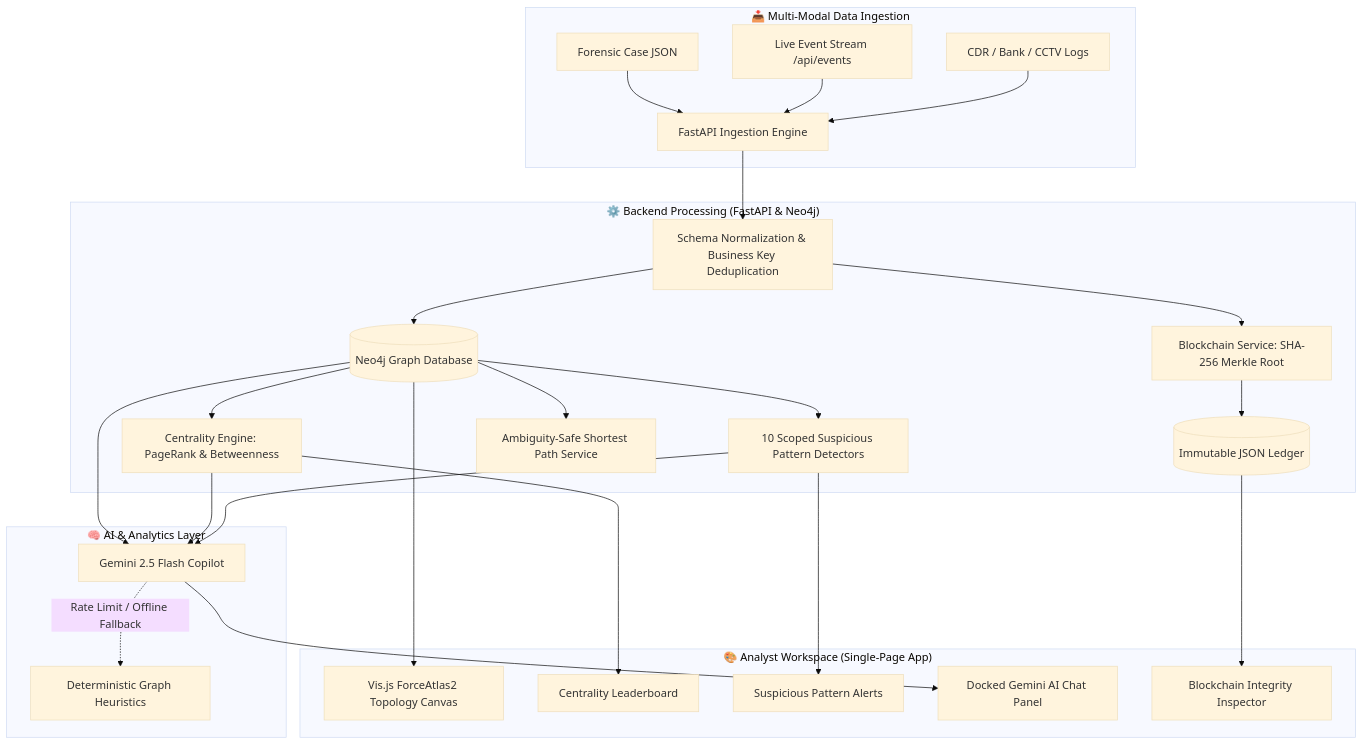
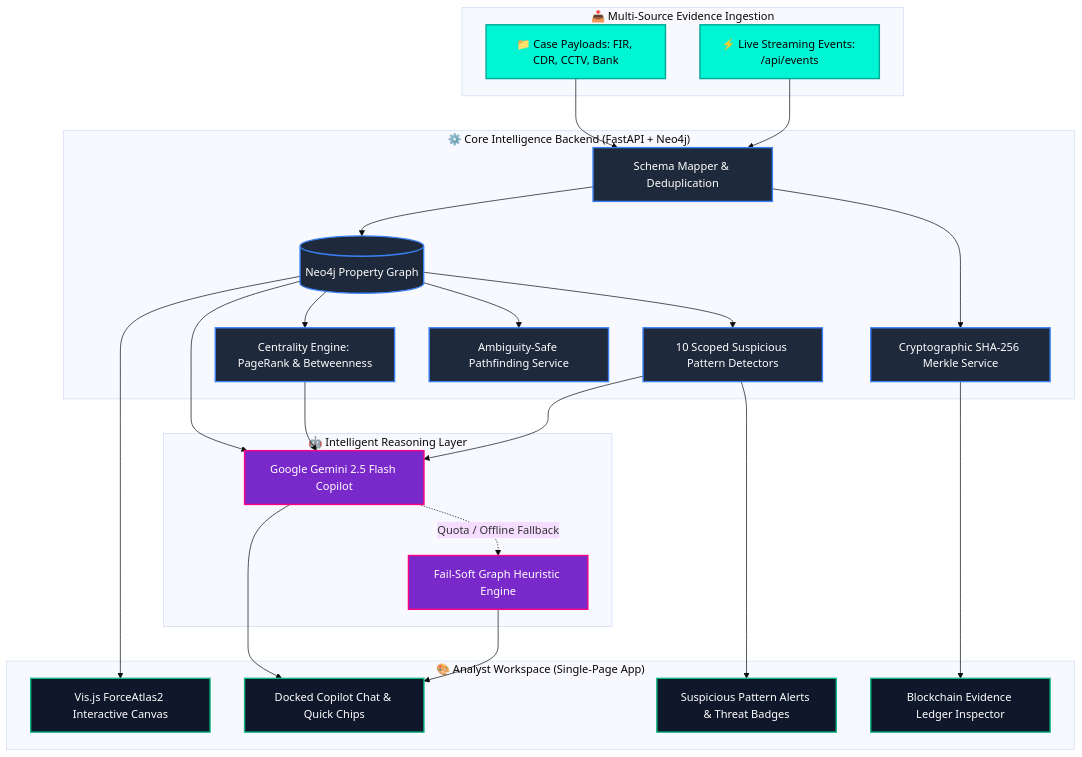
One commit to SIH-Novelex/ATLAS-AI-Powered-Criminal-Network-Analysis-System changed the diagram in README.md. Above: the diagram before and after it, drawn with Mermaid (base theme). The commit also changed other lines of this file, not shown here.

Commit message:
docs: add dynamic typing animation, waving gradient banner, and interactive copilot showcase to README

````diff
--- a/README.md
+++ b/README.md
@@ -35,34 +55,50 @@
 ```mermaid
 flowchart TD
-    subgraph INGESTION ["📥 Multi-Modal Data Ingestion"]
-        A1[Forensic Case JSON] --> B[FastAPI Ingestion Engine]
-        A2[Live Event Stream /api/events] --> B
-        A3[CDR / Bank / CCTV Logs] --> B
+    classDef ingestion fill:#00F5D4,stroke:#00A896,stroke-width:2px,color:#000;
+    classDef core fill:#1E293B,stroke:#3B82F6,stroke-width:2px,color:#fff;
+    classDef ai fill:#7928CA,stroke:#FF0080,stroke-width:2px,color:#fff;
+    classDef visual fill:#0F172A,stroke:#10B981,stroke-width:2px,color:#fff;
+
+    subgraph INGEST ["📥 Multi-Source Evidence Ingestion"]
+        A1[📁 Case Payloads: FIR, CDR, CCTV, Bank]:::ingestion
+        A2[⚡ Live Streaming Events: /api/events]:::ingestion
     end
 
-    subgraph CORE ["⚙️ Backend Processing (FastAPI & Neo4j)"]
-        B --> C[Schema Normalization & Business Key Deduplication]
-        C --> D[(Neo4j Graph Database)]
-        C --> E[Blockchain Service: SHA-256 Merkle Root]
-        E --> F[(Immutable JSON Ledger)]
-        
-        D --> G[Centrality Engine: PageRank & Betweenness]
-        D --> H[10 Scoped Suspicious Pattern Detectors]
-        D --> I[Ambiguity-Safe Shortest Path Service]
+    subgraph BACKEND ["⚙️ Core Intelligence Backend (FastAPI + Neo4j)"]
+        B[Schema Mapper & Deduplication]:::core
+        C[(Neo4j Property Graph)]:::core
+        D[Cryptographic SHA-256 Merkle Service]:::core
+        E[Centrality Engine: PageRank & Betweenness]:::core
+        F[10 Scoped Suspicious Pattern Detectors]:::core
+        G[Ambiguity-Safe Pathfinding Service]:::core
     end
 
-    subgraph INTELLIGENCE ["🧠 AI & Analytics Layer"]
-        D --> J[Gemini 2.5 Flash Copilot]
-        G --> J
-        H --> J
-        J -.->|Rate Limit / Offline Fallback| K[Deterministic Graph Heuristics]
+    subgraph COPILOT ["🤖 Intelligent Reasoning Layer"]
+        H[Google Gemini 2.5 Flash Copilot]:::ai
+        I[Fail-Soft Graph Heuristic Engine]:::ai
     end
 
-    subgraph FRONTEND ["🎨 Analyst Workspace (Single-Page App)"]
-        D --> L[Vis.js ForceAtlas2 Topology Canvas]
-        G --> M[Centrality Leaderboard]
-        H --> N[Suspicious Pattern Alerts]
-        J --> O[Docked Gemini AI Chat Panel]
-        F --> P[Blockchain Integrity Inspector]
+    subgraph UI ["🎨 Analyst Workspace (Single-Page App)"]
+        J[Vis.js ForceAtlas2 Interactive Canvas]:::visual
+        K[Docked Copilot Chat & Quick Chips]:::visual
+        L[Suspicious Pattern Alerts & Threat Badges]:::visual
+        M[Blockchain Evidence Ledger Inspector]:::visual
     end
+
+    A1 --> B
+    A2 --> B
+    B --> C
+    B --> D
+    C --> E
+    C --> F
+    C --> G
+    C --> H
+    E --> H
+    F --> H
+    H -.->|Quota / Offline Fallback| I
+    C --> J
+    H --> K
+    I --> K
+    F --> L
+    D --> M
 ```
````
